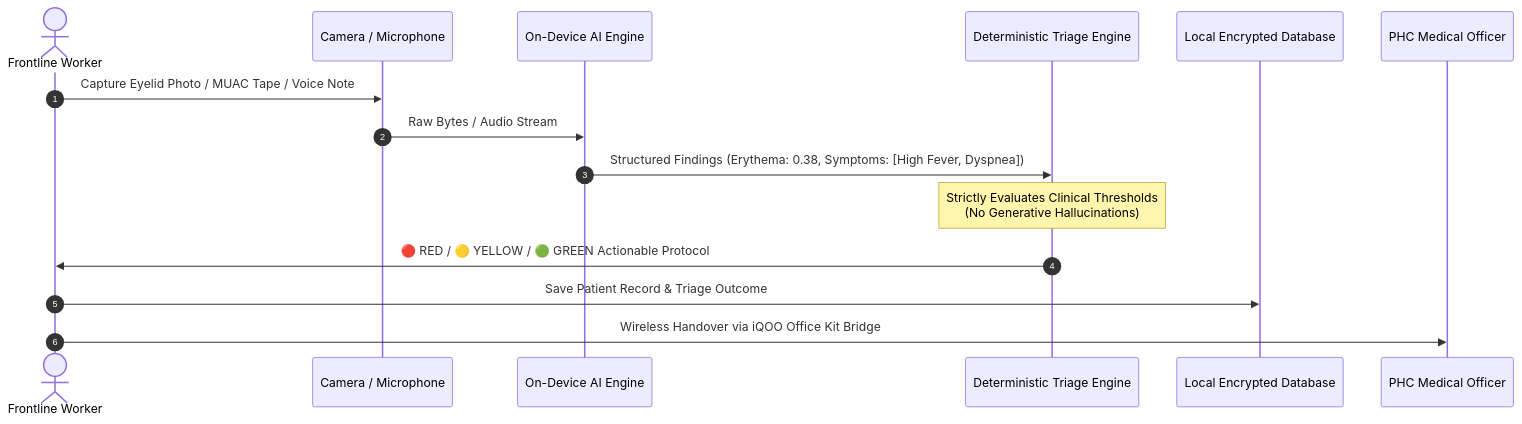
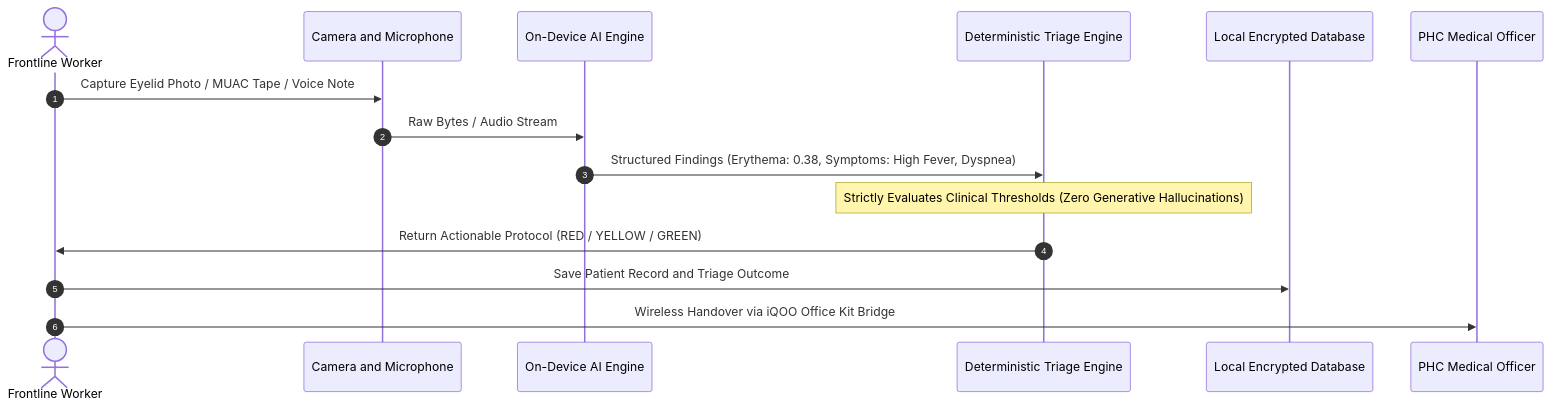
Before and after one commit to SarthakNC/Nidan-AI---IQOO-INDIA-HACKATHON-IDEA-SUBMISSION: the fourth of 4 diagrams in README.md, drawn with Mermaid. The commit also changed other lines of this file, not shown here.

Commit message:
docs: refine mermaid architecture diagram in README

````diff
--- a/README.md
+++ b/README.md
@@ -279,18 +284,18 @@
 ```mermaid
 sequenceDiagram
     autonumber
     actor ASHA as Frontline Worker
-    participant CamMic as Camera / Microphone
+    participant CamMic as Camera and Microphone
     participant AI as On-Device AI Engine
     participant Gatekeeper as Deterministic Triage Engine
     participant DB as Local Encrypted Database
     participant Doctor as PHC Medical Officer
 
     ASHA->>CamMic: Capture Eyelid Photo / MUAC Tape / Voice Note
     CamMic->>AI: Raw Bytes / Audio Stream
-    AI->>Gatekeeper: Structured Findings (Erythema: 0.38, Symptoms: [High Fever, Dyspnea])
-    Note over Gatekeeper: Strictly Evaluates Clinical Thresholds<br/>(No Generative Hallucinations)
-    Gatekeeper->>ASHA: 🔴 RED / 🟡 YELLOW / 🟢 GREEN Actionable Protocol
-    ASHA->>DB: Save Patient Record & Triage Outcome
+    AI->>Gatekeeper: Structured Findings (Erythema: 0.38, Symptoms: High Fever, Dyspnea)
+    Note over Gatekeeper: Strictly Evaluates Clinical Thresholds (Zero Generative Hallucinations)
+    Gatekeeper->>ASHA: Return Actionable Protocol (RED / YELLOW / GREEN)
+    ASHA->>DB: Save Patient Record and Triage Outcome
     ASHA->>Doctor: Wireless Handover via iQOO Office Kit Bridge
 ```
````
